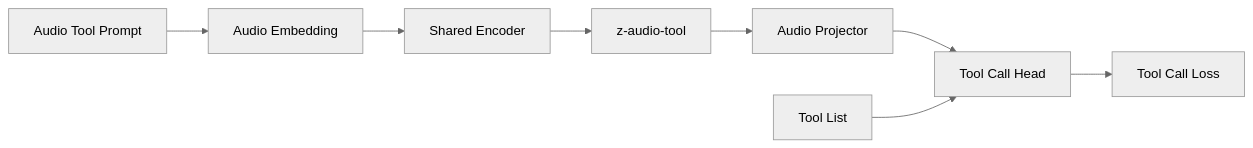
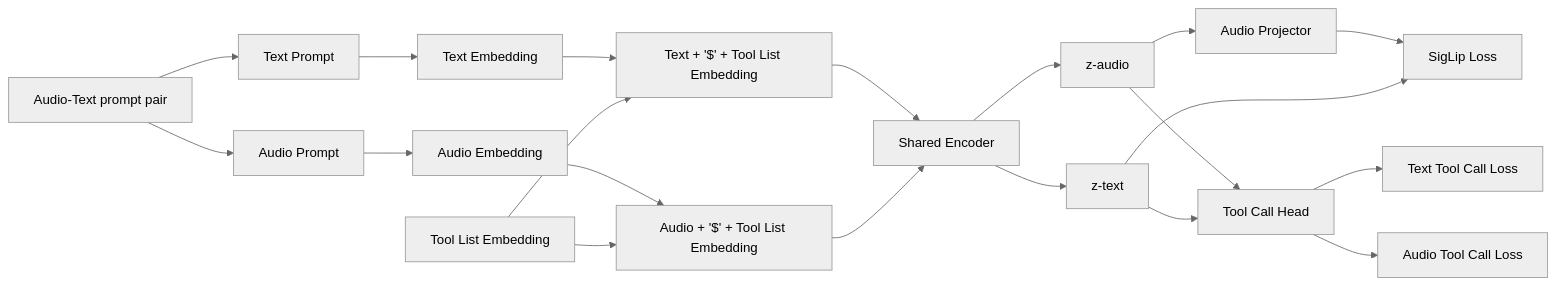
The fourth of 4 diagrams in docs/posttraining.md (cactus-compute/needle), drawn with Mermaid (neutral theme) before and after one commit. The commit also changed other lines of this file and 1 other file, not shown here.

Commit message:
new diagram for v3, which is now favorite

````diff
--- a/docs/posttraining.md
+++ b/docs/posttraining.md
@@ -47,17 +96,31 @@
 ```mermaid
 graph LR
     %% Inputs
-    Tool_in[Audio Tool Prompt] --> T_emb[Audio Embedding]
+    AT_pair[Audio-Text prompt pair] --> A_in[Audio Prompt]
+    AT_pair --> T_in[Text Prompt]
+    A_in --> A_emb[Audio Embedding]
+    T_in --> T_emb[Text Embedding]
+    A_emb --> A_emb_f[Audio + '$' + Tool List Embedding]
+    T_emb --> T_emb_f[Text + '$' + Tool List Embedding]
+    Tool_emb[Tool List Embedding] --> A_emb_f
+    Tool_emb --> T_emb_f
 
     %% Embeddings to Encoder
-    T_emb --> Enc[Shared Encoder]
+    T_emb_f --> Enc[Shared Encoder]
+    A_emb_f --> Enc
 
     %% Encoder to Latents
-    Enc --> ZTool[z-audio-tool]
-    ZTool --> Proj[Audio Projector]
+    Enc --> ZA[z-audio]
+    Enc --> ZT[z-text]
+
+    %%  Contrastive Alignment Branch
+    ZA --> Proj[Audio Projector]
+    Proj --> C_loss[SigLip Loss]
+    ZT --> C_loss
 
     %% Tool Call Branch
-    Proj --> Tool_dec[Tool Call Head]
-    ToolList[Tool List] --> Tool_dec
-    Tool_dec --> Tool_loss[Tool Call Loss]
+    ZA --> Tool_dec[Tool Call Head]
+    ZT --> Tool_dec
+    Tool_dec --> Tool_loss[Text Tool Call Loss]
+    Tool_dec --> ATool_loss[Audio Tool Call Loss]
 ```
````
